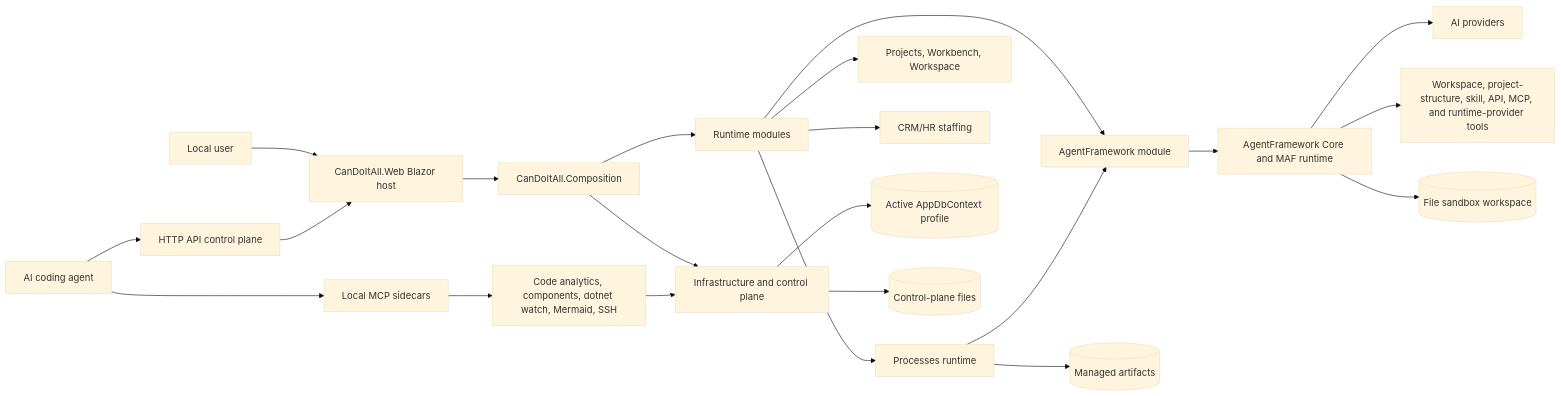
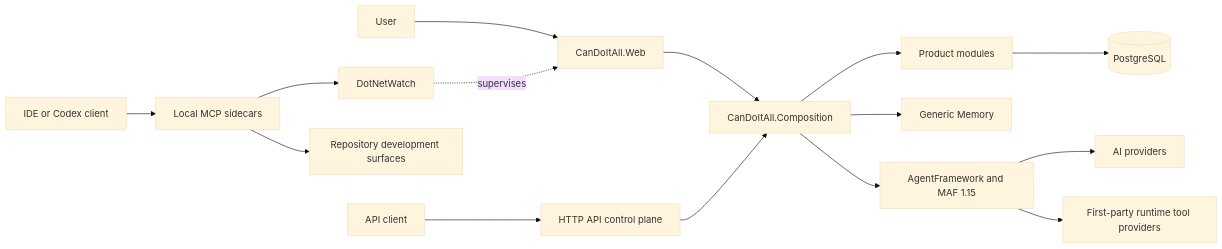
The diagram in README.md (fyziktom/CanDoItAll), drawn with Mermaid (base theme) before and after one commit. The commit also changed other lines of this file and 117 other files, not shown here.

````diff
--- a/README.md
+++ b/README.md
@@ -9,28 +31,17 @@
 ```mermaid
 flowchart LR
-    User[Local user] --> Web[CanDoItAll.Web Blazor host]
-    Agent[AI coding agent] --> Api[HTTP API control plane]
-    Agent --> Mcp[Local MCP sidecars]
-
-    Api --> Web
-    Web --> Composition[CanDoItAll.Composition]
-    Composition --> Infrastructure[Infrastructure and control plane]
-    Composition --> Modules[Runtime modules]
-    Modules --> Processes[Processes runtime]
-    Modules --> Workbench[Projects, Workbench, Workspace]
-    Modules --> AgentModule[AgentFramework module]
-    Modules --> CrmHr[CRM/HR staffing]
-
-    Processes --> AgentModule
-    AgentModule --> AgentFramework[AgentFramework Core and MAF runtime]
-    AgentFramework --> Providers[AI providers]
-    AgentFramework --> Tools[Workspace, project-structure, skill, API, MCP, and runtime-provider tools]
-
-    Infrastructure --> AppDb[(Active AppDbContext profile)]
-    Infrastructure --> ControlPlane[(Control-plane files)]
-    AgentFramework --> WorkspaceFiles[(File sandbox workspace)]
-    Processes --> ManagedFiles[(Managed artifacts)]
-
-    Mcp --> DevLoop[Code analytics, components, dotnet watch, Mermaid, SSH]
-    DevLoop --> Infrastructure
+    User["User"] --> Web["CanDoItAll.Web"]
+    Client["API client"] --> Api["HTTP API control plane"]
+    Web --> Composition["CanDoItAll.Composition"]
+    Api --> Composition
+    Composition --> Modules["Product modules"]
+    Composition --> Memory["Generic Memory"]
+    Composition --> AgentFramework["AgentFramework and MAF 1.15"]
+    Modules --> PostgreSQL[("PostgreSQL")]
+    AgentFramework --> Providers["AI providers"]
+    AgentFramework --> Tools["First-party runtime tool providers"]
+    Developer["IDE or Codex client"] --> Sidecars["Local MCP sidecars"]
+    Sidecars --> DevSurfaces["Repository development surfaces"]
+    Sidecars --> DotNetWatch["DotNetWatch"]
+    DotNetWatch -. supervises .-> Web
 ```
````
